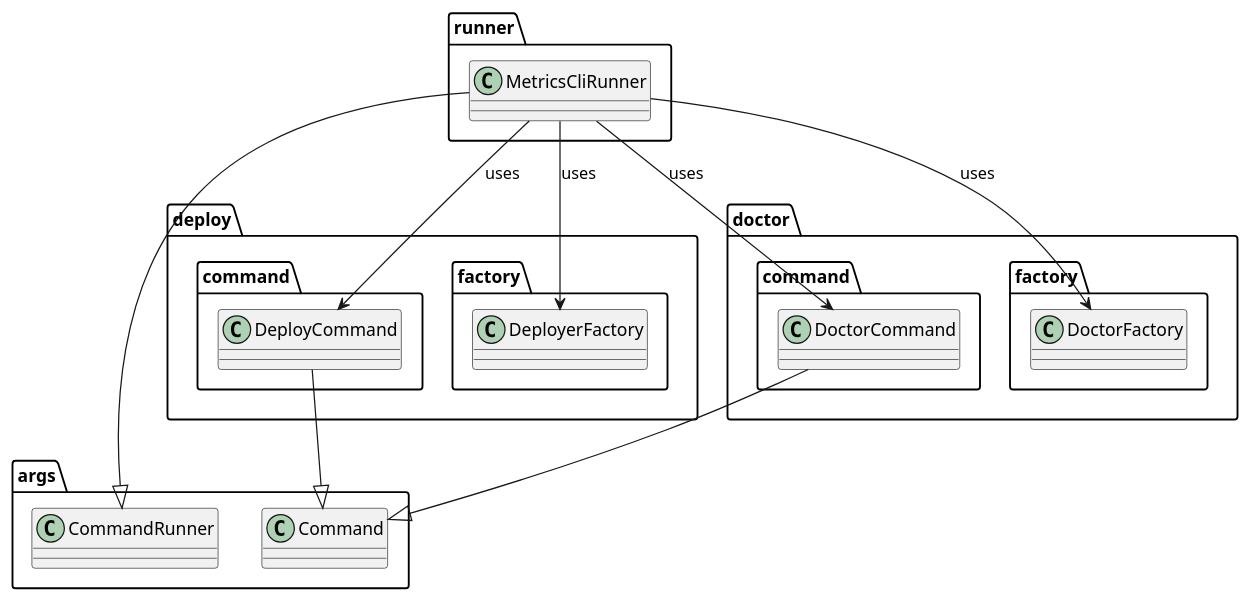
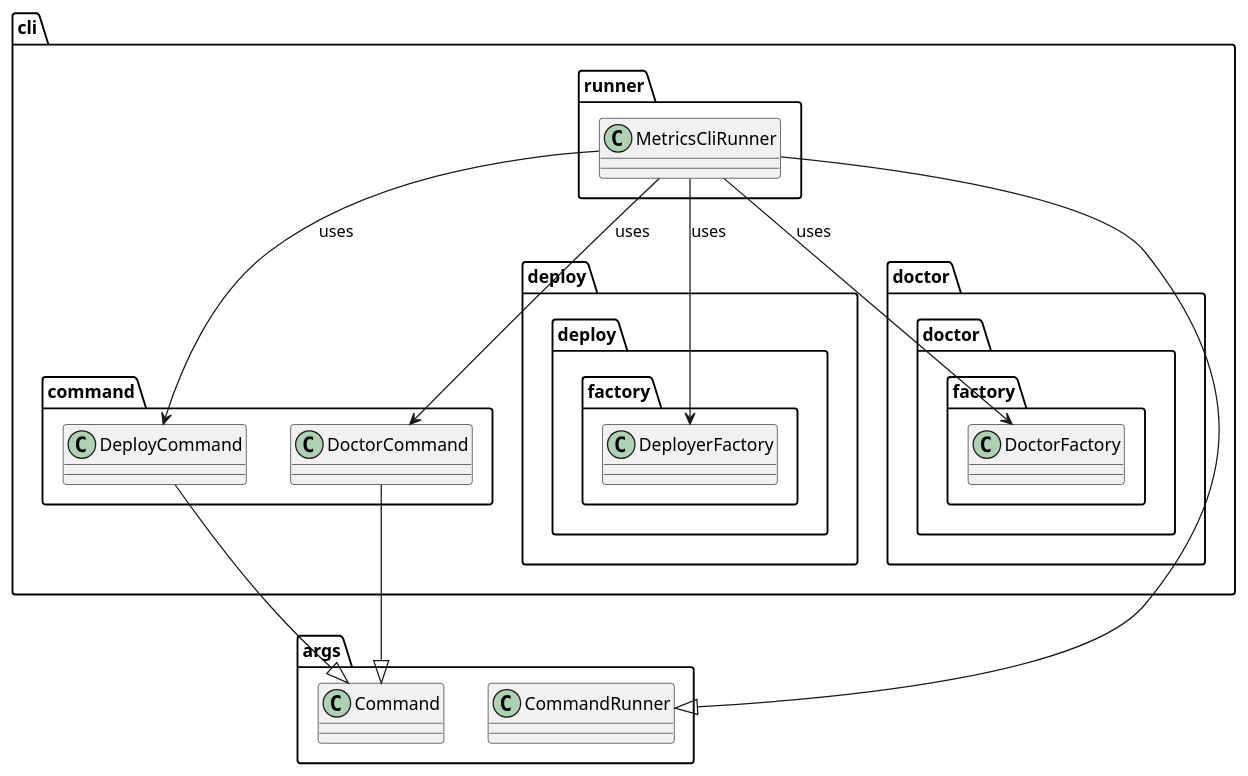
Before and after one commit to Flank/flank-dashboard: the diagram in metrics/cli/docs/diagrams/metrics_cli_runner_class_diagram.puml, drawn with PlantUML. The commit also changed 6 other files, not shown here.

Commit message:
[WIP] Update CLI design diagrams

```diff
--- a/metrics/cli/docs/diagrams/metrics_cli_runner_class_diagram.puml
+++ b/metrics/cli/docs/diagrams/metrics_cli_runner_class_diagram.puml
@@ -1,43 +1,42 @@
 @startuml metrics_cli_runner_class_diagram
 
 package args {
     class CommandRunner{}
     class Command {}
 }
 
-package runner {
-    class MetricsCliRunner {}
-}
+package cli {
+    package runner {
+        class MetricsCliRunner {}
+    }
 
-package deploy {
     package command {
         class DeployCommand {}
-    }
-
-    package factory as deploy.factory{
-        class DeployerFactory {}
-    }
-}
-
-package doctor {
-    package command as doctor.command {
         class DoctorCommand {}
     }
 
-    package factory as doctor.factory {
-        class DoctorFactory {}
+    package deploy {
+        package factory as deploy.factory{
+            class DeployerFactory {}
+        }
+    }
+
+    package doctor {
+        package factory as doctor.factory {
+            class DoctorFactory {}
+        }
     }
 }
 
 MetricsCliRunner --> DoctorCommand : uses
 MetricsCliRunner --> DeployCommand : uses
 MetricsCliRunner --> DeployerFactory : uses
 MetricsCliRunner --> DoctorFactory : uses
 
 DeployCommand --|> Command
 DoctorCommand --|> Command
 
 MetricsCliRunner --|> CommandRunner
 
 
 @enduml
```
